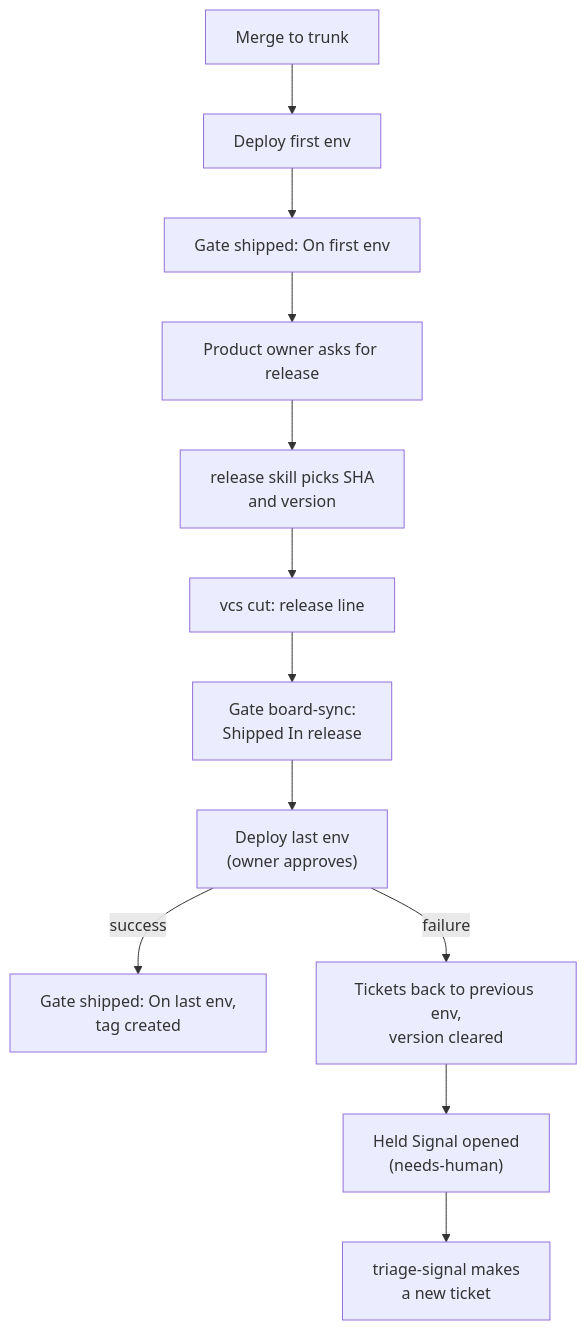
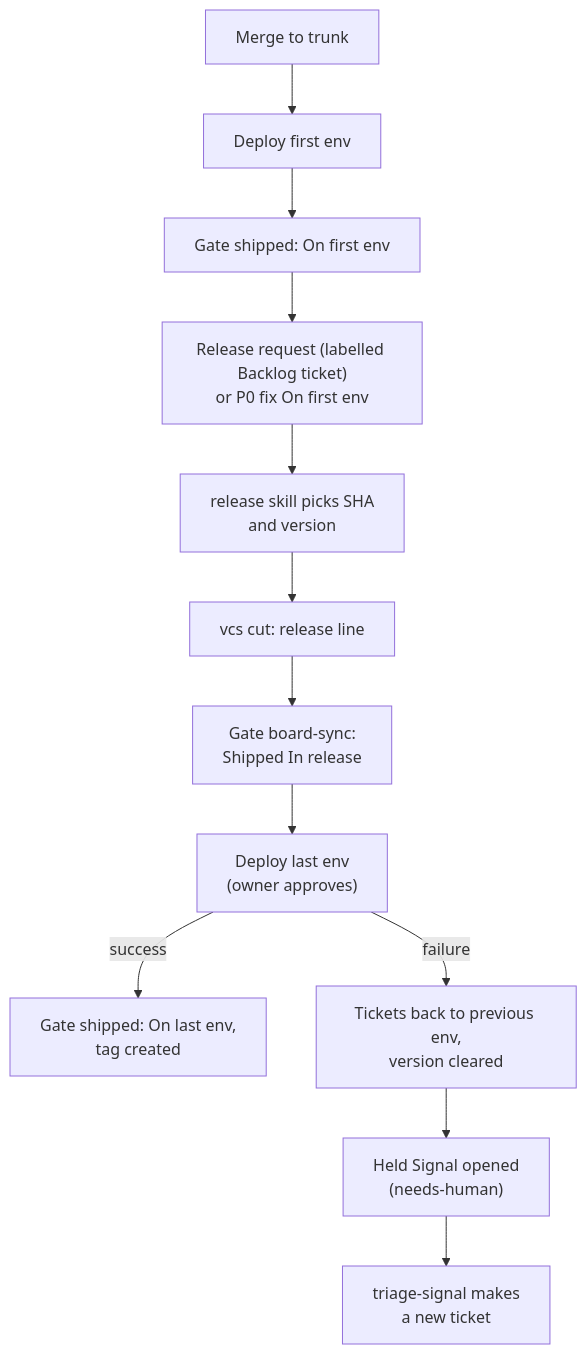
The fourth of 6 diagrams in docs/architecture/flows.md (dmitriywind/agentic-sdlc), drawn with Mermaid before and after one commit. The commit also changed 23 other files, not shown here.

````diff
--- a/docs/architecture/flows.md
+++ b/docs/architecture/flows.md
@@ -130,14 +130,14 @@
 ```mermaid
 flowchart TD
   M["Merge to trunk"] --> D1["Deploy first env"]
   D1 --> SG["Gate shipped: On first env"]
-  SG --> RL["Product owner asks for release"]
+  SG --> RL["Release request (labelled Backlog ticket)<br/>or P0 fix On first env"]
   RL --> RS["release skill picks SHA<br/>and version"]
   RS --> CUT["vcs cut: release line"]
   CUT --> IR["Gate board-sync:<br/>Shipped In release"]
   IR --> D2["Deploy last env<br/>(owner approves)"]
   D2 -->|"success"| OK["Gate shipped: On last env,<br/>tag created"]
   D2 -->|"failure"| FAIL["Tickets back to previous env,<br/>version cleared"]
   FAIL --> SIG["Held Signal opened<br/>(needs-human)"]
   SIG --> TR["triage-signal makes<br/>a new ticket"]
 ```
````
